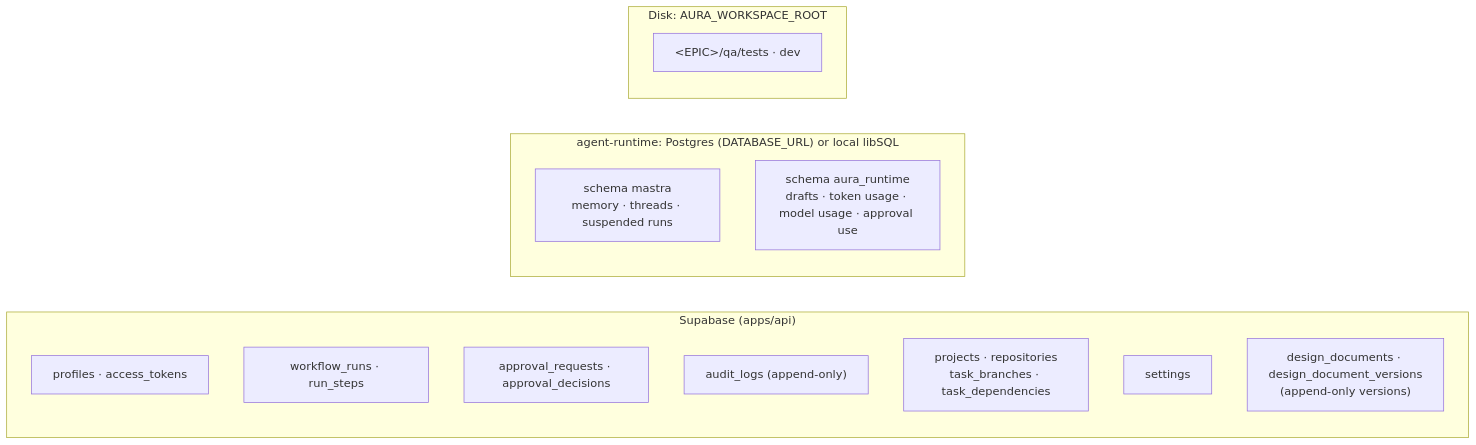
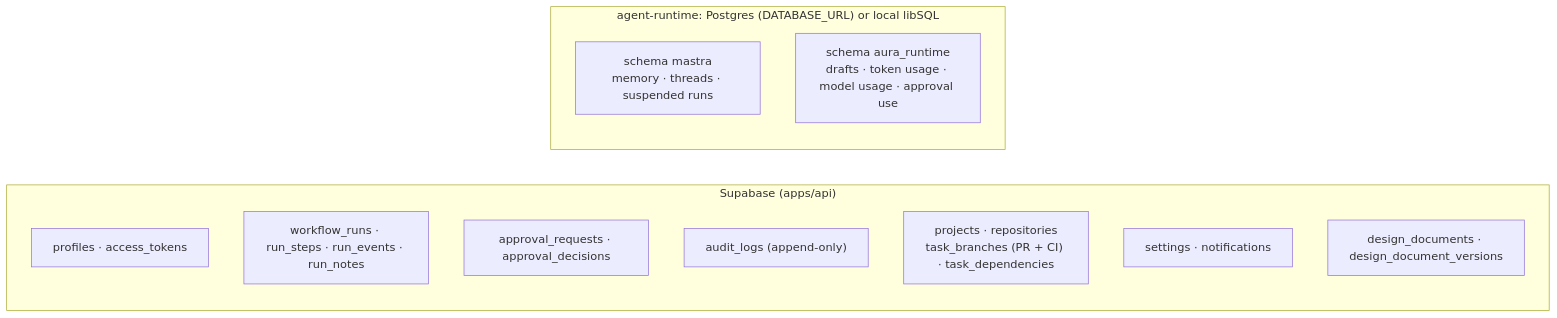
Before and after one commit to HasithaErandika/aura: the seventh of 9 diagrams in docs/ARCHITECTURE.md, drawn with Mermaid. The commit also changed other lines of this file and 41 other files, not shown here.

First line of the commit message:
docs: describe the VS Code workflow, mark completed plans, rewrite the roadmap

````diff
--- a/docs/ARCHITECTURE.md
+++ b/docs/ARCHITECTURE.md
@@ -234,19 +305,16 @@
 ```mermaid
 flowchart LR
     subgraph SUPA["Supabase (apps/api)"]
         A["profiles · access_tokens"]
-        B["workflow_runs · run_steps"]
+        B["workflow_runs · run_steps · run_events · run_notes"]
         C["approval_requests · approval_decisions"]
         D["audit_logs (append-only)"]
-        E["projects · repositories<br/>task_branches · task_dependencies"]
-        S["settings"]
-        DD["design_documents · design_document_versions<br/>(append-only versions)"]
+        E["projects · repositories<br/>task_branches (PR + CI) · task_dependencies"]
+        S["settings · notifications"]
+        DD["design_documents · design_document_versions"]
     end
     subgraph RTDB["agent-runtime: Postgres (DATABASE_URL) or local libSQL"]
         F["schema mastra<br/>memory · threads · suspended runs"]
         G["schema aura_runtime<br/>drafts · token usage · model usage · approval use"]
     end
-    subgraph FS["Disk: AURA_WORKSPACE_ROOT"]
-        H["&lt;EPIC&gt;/qa/tests · dev"]
-    end
 ```
````
